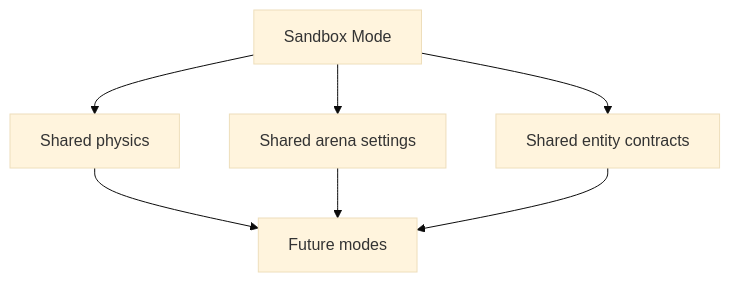
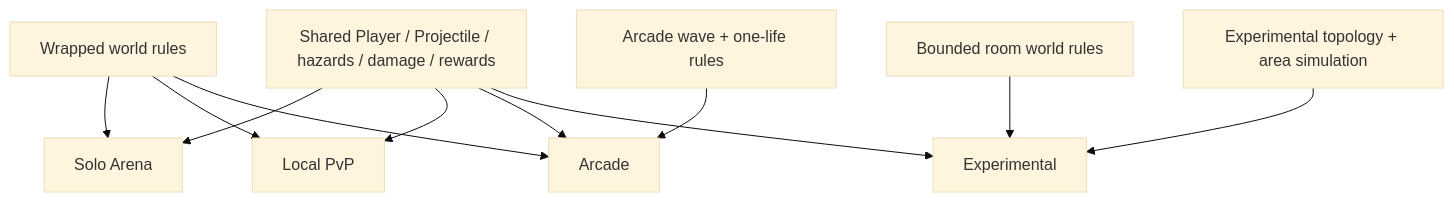
The second of 5 diagrams in SYSTEM_INTERACTION_MAP.md (Ozwaldo4581/Zorka), drawn with Mermaid (base theme) before and after one commit. The commit also changed other lines of this file and 5 other files, not shown here.

````diff
--- a/SYSTEM_INTERACTION_MAP.md
+++ b/SYSTEM_INTERACTION_MAP.md
@@ -21,9 +25,13 @@
 ```mermaid
 flowchart TD
-    A["Sandbox Mode"] --> B["Shared physics"]
-    A --> C["Shared arena settings"]
-    A --> D["Shared entity contracts"]
-    B --> E["Future modes"]
-    C --> E
-    D --> E
+    A["Shared Player / Projectile / hazards / damage / rewards"] --> B["Solo Arena"]
+    A --> C["Local PvP"]
+    A --> D["Arcade"]
+    A --> E["Experimental"]
+    F["Wrapped world rules"] --> B
+    F --> C
+    F --> D
+    G["Bounded room world rules"] --> E
+    H["Arcade wave + one-life rules"] --> D
+    I["Experimental topology + area simulation"] --> E
 ```
````
